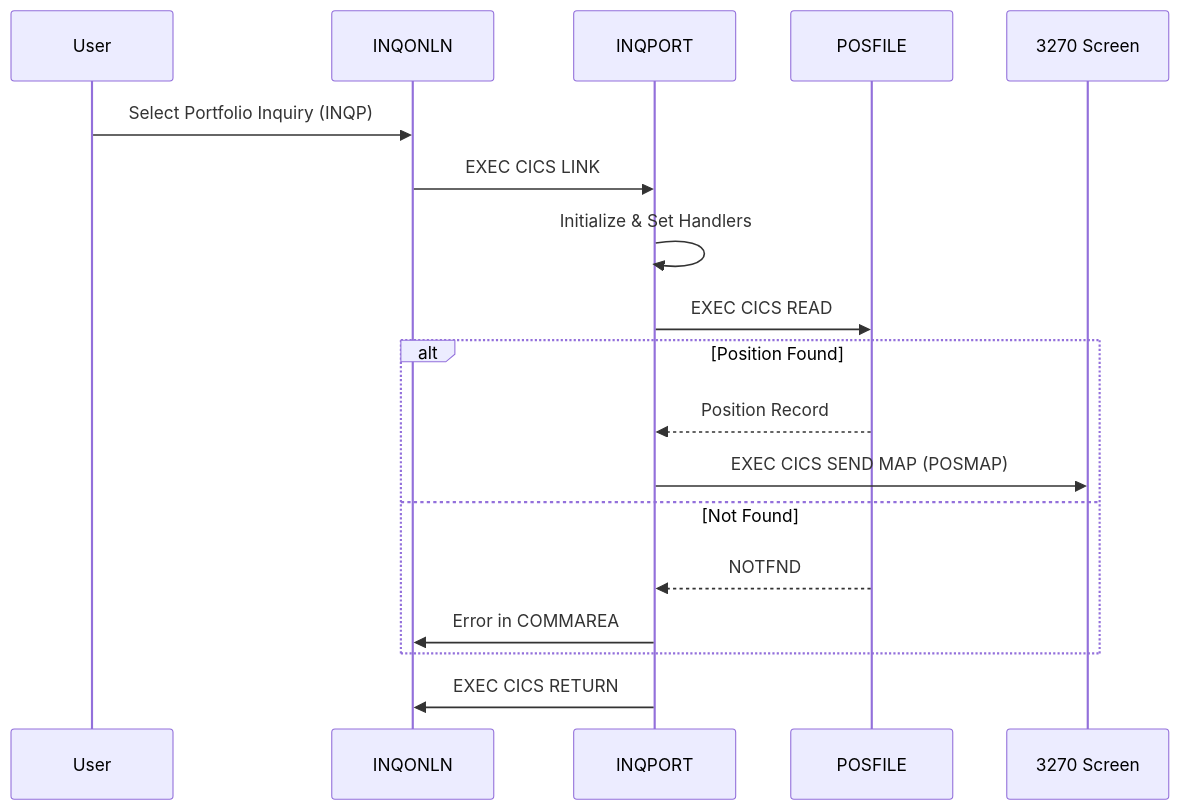
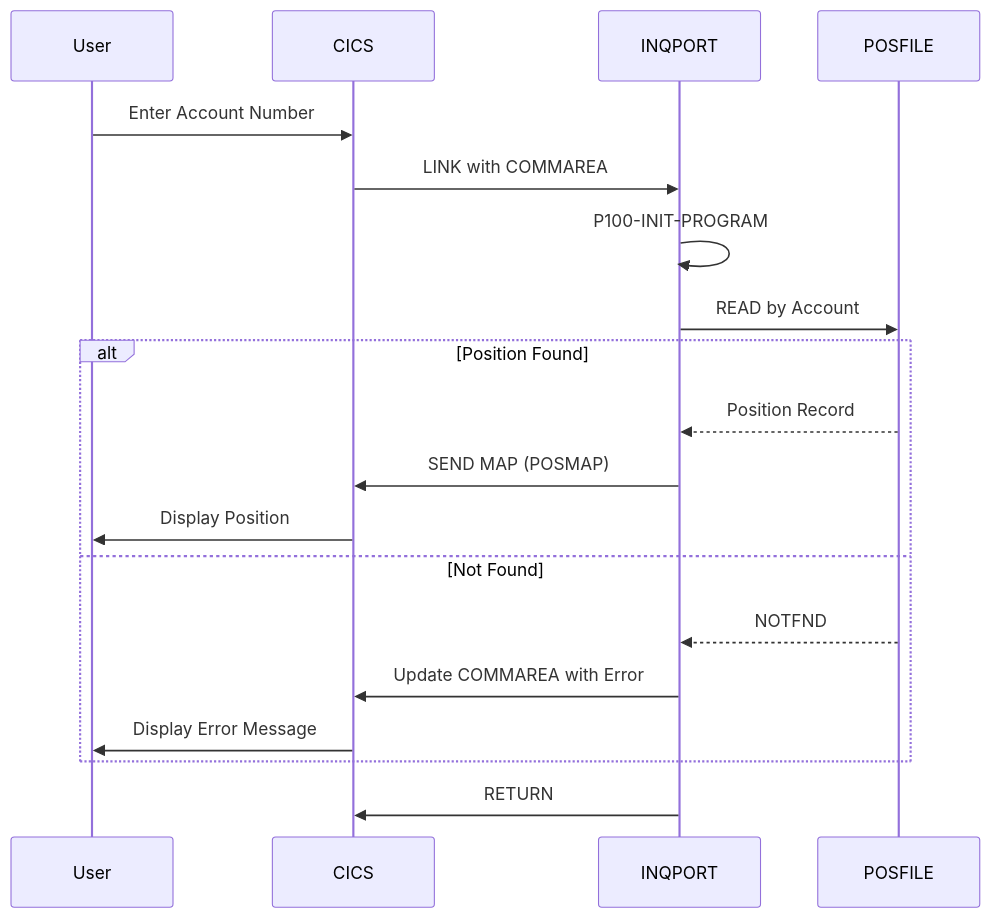
The second of 2 diagrams in docs/programs/INQPORT.mdx (haladir-com/legacy-benchmark-docs-vb70e1), drawn with Mermaid before and after one commit. The commit also changed other lines of this file and 63 other files, not shown here.

````diff
--- a/docs/programs/INQPORT.mdx
+++ b/docs/programs/INQPORT.mdx
@@ -303,21 +274,22 @@
 ```mermaid
 sequenceDiagram
-    participant User as User
-    participant INQONLN as INQONLN
-    participant INQPORT as INQPORT
-    participant POSFILE as POSFILE
-    participant Screen as 3270 Screen
-
-    User->>INQONLN: Select Portfolio Inquiry (INQP)
-    INQONLN->>INQPORT: EXEC CICS LINK
-    INQPORT->>INQPORT: Initialize & Set Handlers
-    INQPORT->>POSFILE: EXEC CICS READ
+    participant User
+    participant CICS
+    participant INQPORT
+    participant POSFILE
+    
+    User->>CICS: Enter Account Number
+    CICS->>INQPORT: LINK with COMMAREA
+    INQPORT->>INQPORT: P100-INIT-PROGRAM
+    INQPORT->>POSFILE: READ by Account
     alt Position Found
         POSFILE-->>INQPORT: Position Record
-        INQPORT->>Screen: EXEC CICS SEND MAP (POSMAP)
+        INQPORT->>CICS: SEND MAP (POSMAP)
+        CICS->>User: Display Position
     else Not Found
         POSFILE-->>INQPORT: NOTFND
-        INQPORT->>INQONLN: Error in COMMAREA
+        INQPORT->>CICS: Update COMMAREA with Error
+        CICS->>User: Display Error Message
     end
-    INQPORT->>INQONLN: EXEC CICS RETURN
+    INQPORT->>CICS: RETURN
 ```
````
